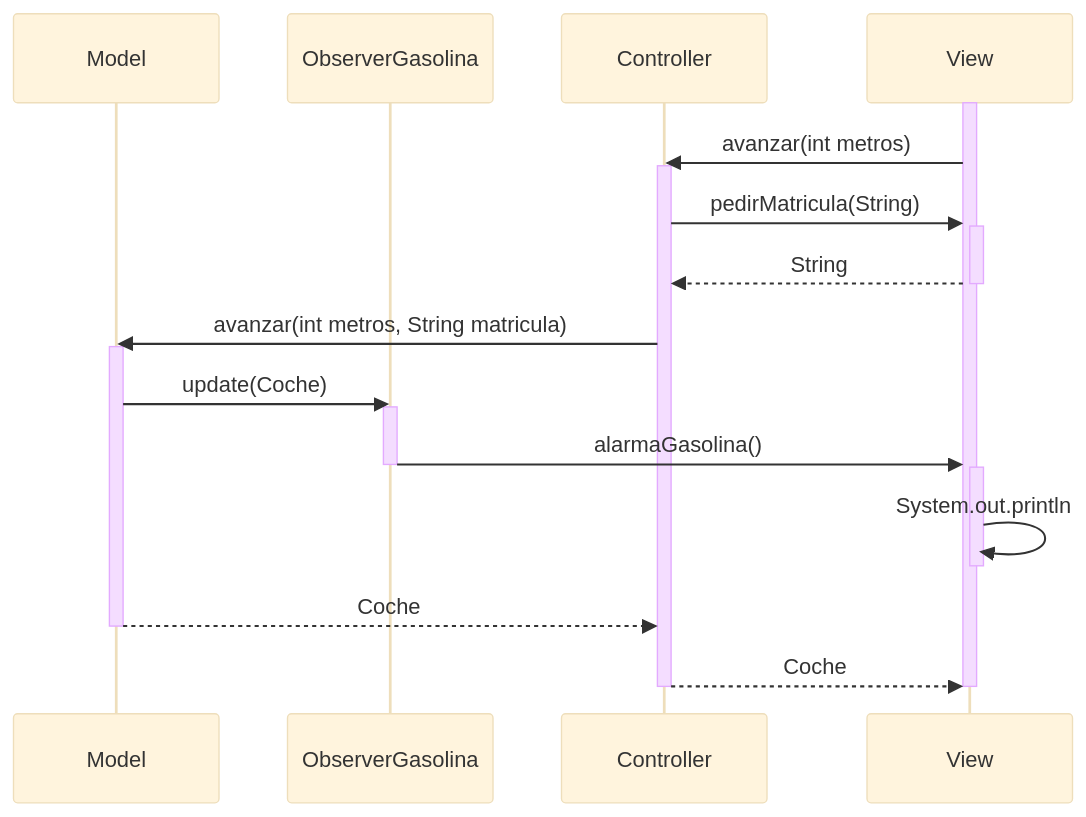
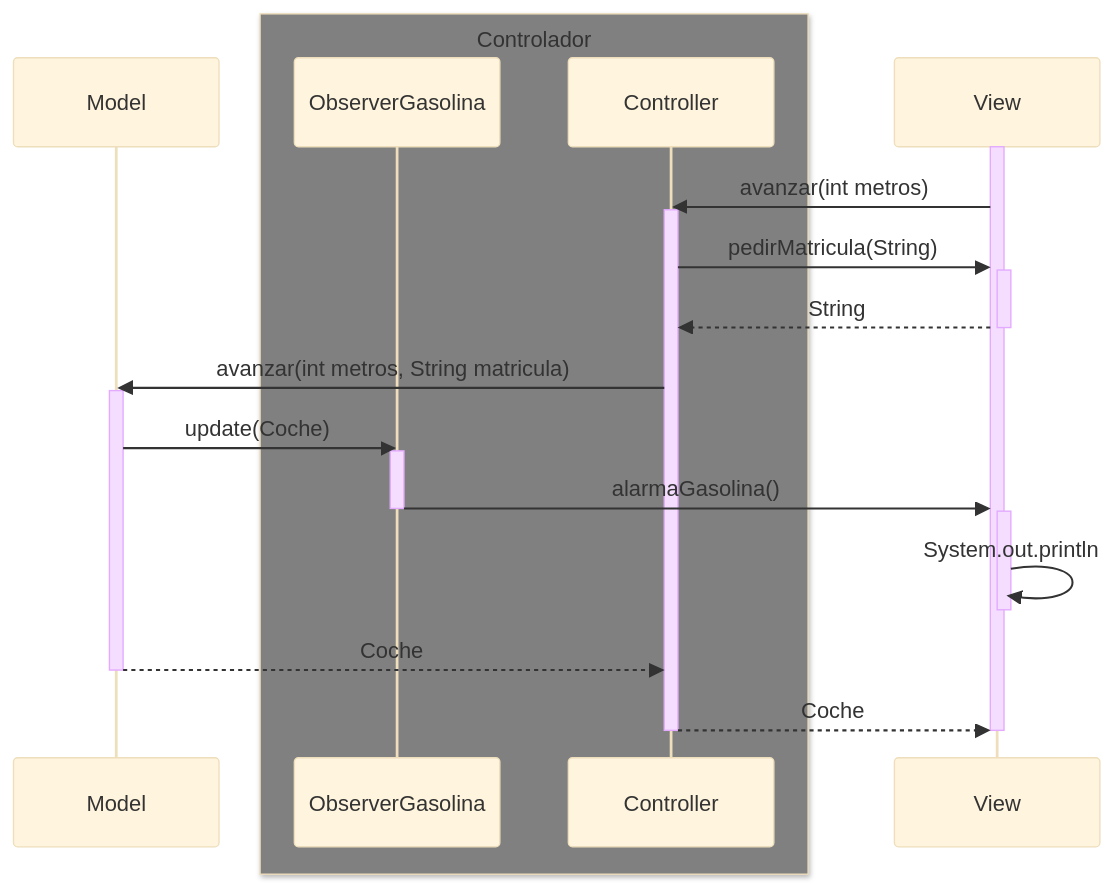
One commit to JorgeDuCruz/MVC_Coches_sin_instanciar changed the first of 6 diagrams in Readme.md. Above: the diagram before and after it, drawn with Mermaid (base theme). The commit also changed other lines of this file, not shown here.

Commit message:
Agregada caja para marcar Conrolador en el mermaid

````diff
--- a/Readme.md
+++ b/Readme.md
@@ -3,29 +3,31 @@
 ```mermaid
 sequenceDiagram
     participant Model
+    box gray Controlador
     participant ObserverGasolina
     participant Controller
+    end
     participant View
     
     activate View
     View->>Controller:avanzar(int metros)
     activate Controller
     Controller->>View:pedirMatricula(String)
     activate View
     View-->>Controller:String
     deactivate View
     Controller->>Model:avanzar(int metros, String matricula)
     activate Model
     Model->>ObserverGasolina:update(Coche)
     activate ObserverGasolina
     ObserverGasolina->>View: alarmaGasolina()
     deactivate ObserverGasolina
     activate View
     View->>View:System.out.println
     deactivate View
     Model-->>Controller:Coche
     deactivate Model
     Controller-->>View:Coche
     deactivate Controller
     deactivate View
 ```
````
